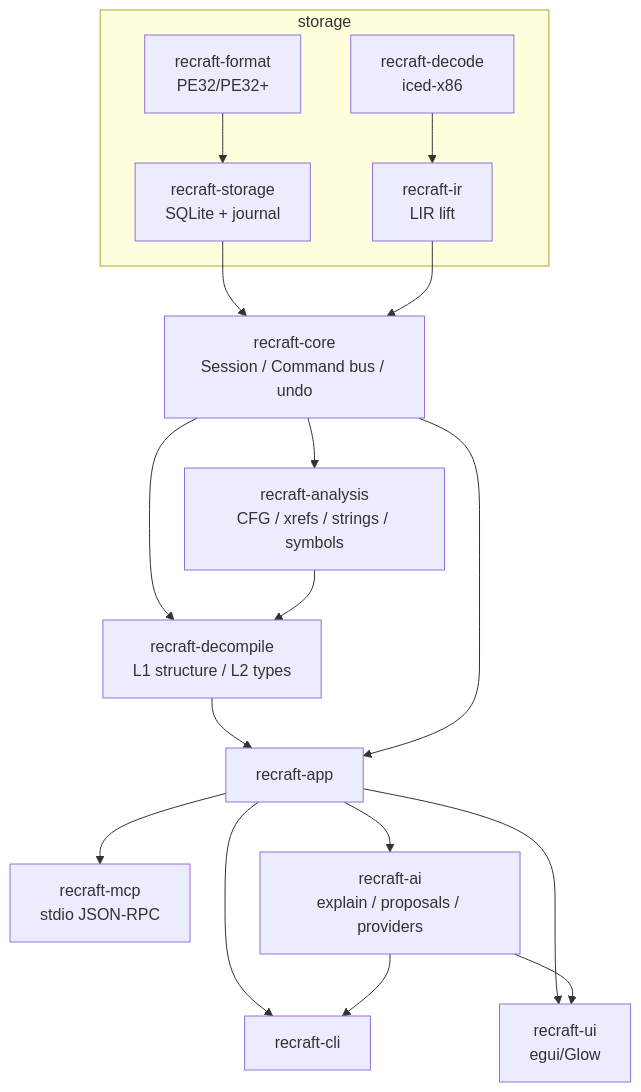
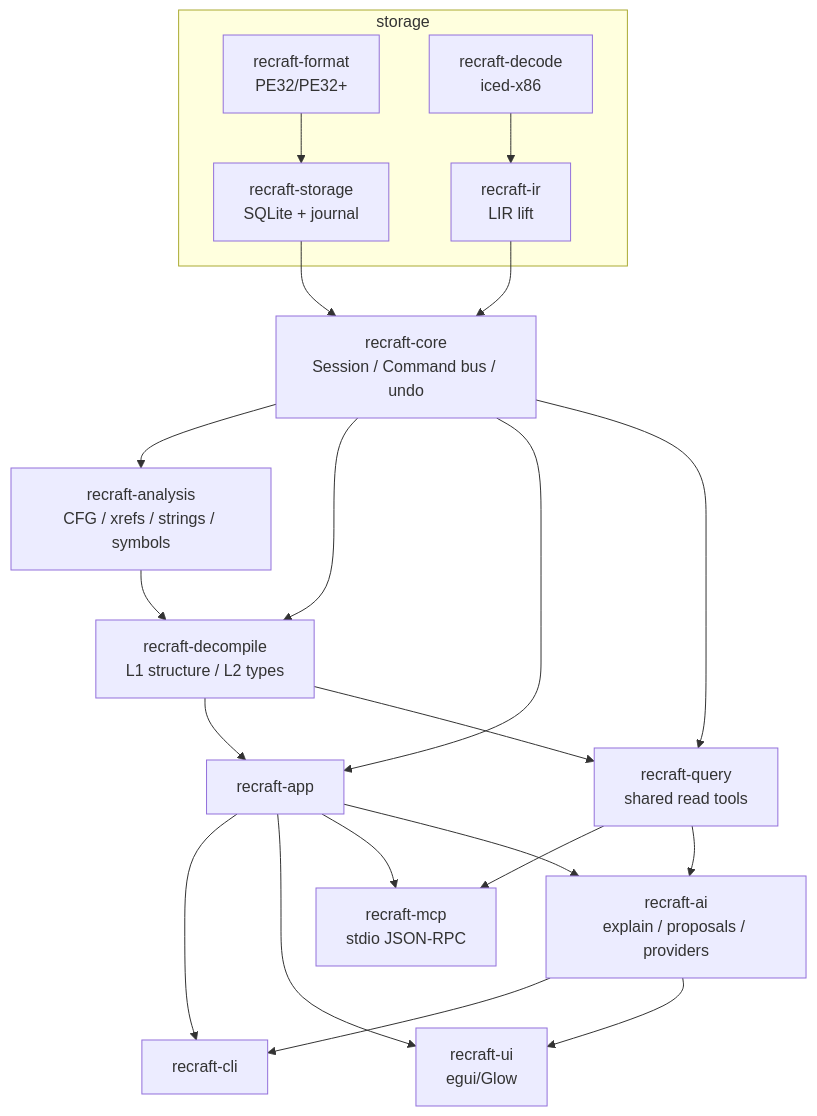
The diagram in README.en.md (qux-bbb/ReCraft), drawn with Mermaid before and after one commit. The commit also changed other lines of this file and 19 other files, not shown here.

First line of the commit message:
docs: 同步 2026-11-07 质量基线与界面截图

````diff
--- a/README.en.md
+++ b/README.en.md
@@ -72,20 +75,24 @@
 ```mermaid
 flowchart TB
     subgraph storage
         fmt[recraft-format<br/>PE32/PE32+] --> st[recraft-storage<br/>SQLite + journal]
         dec[recraft-decode<br/>iced-x86] --> ir[recraft-ir<br/>LIR lift]
     end
     st --> core[recraft-core<br/>Session / Command bus / undo]
     ir --> core
     core --> ana[recraft-analysis<br/>CFG / xrefs / strings / symbols]
     core --> dc[recraft-decompile<br/>L1 structure / L2 types]
     ana --> dc
     dc --> app[recraft-app]
     core --> app
+    core --> q[recraft-query<br/>shared read tools]
+    dc --> q
     app --> cli[recraft-cli]
     app --> ui[recraft-ui<br/>egui/Glow]
     app --> mcp[recraft-mcp<br/>stdio JSON-RPC]
     app --> ai[recraft-ai<br/>explain / proposals / providers]
+    q --> mcp
+    q --> ai
     ai --> cli
     ai --> ui
 ```
````
